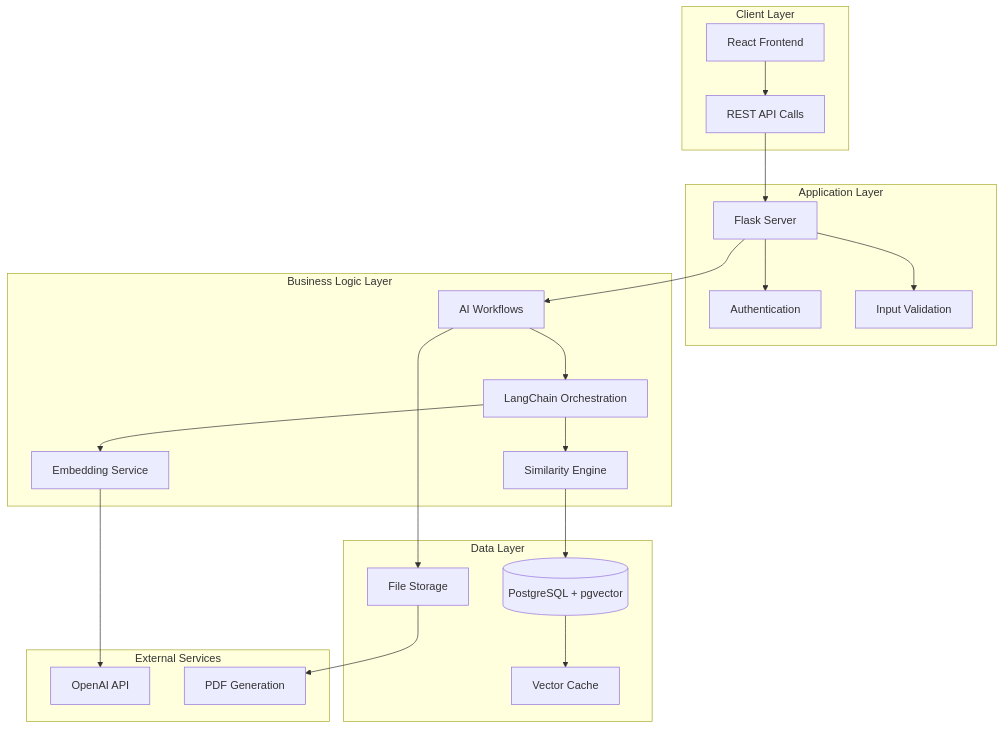
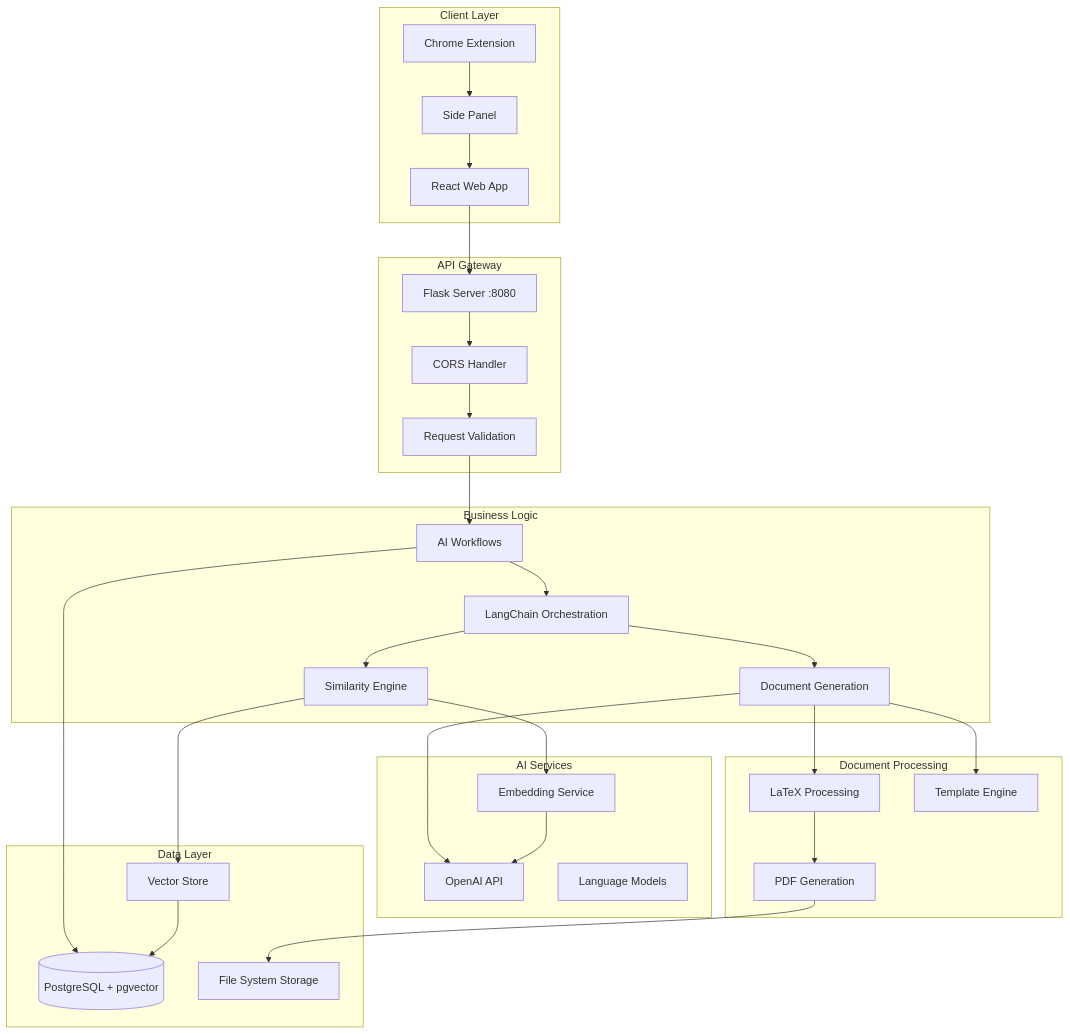
The first of 2 diagrams in README.md (amirrezaskh/Aria), drawn with Mermaid before and after one commit. The commit also changed other lines of this file and 33 other files, not shown here.

Commit message:
chrome extension added.

````diff
--- a/README.md
+++ b/README.md
@@ -60,45 +126,59 @@
 ```mermaid
 graph TB
     subgraph "Client Layer"
-        UI[React Frontend]
-        API[REST API Calls]
+        WEB[React Web App]
+        EXT[Chrome Extension]
+        SP[Side Panel]
     end
     
-    subgraph "Application Layer"
-        Server[Flask Server]
-        Auth[Authentication]
-        Valid[Input Validation]
+    subgraph "API Gateway"
+        FLASK[Flask Server :8080]
+        CORS[CORS Handler]
+        AUTH[Request Validation]
     end
     
-    subgraph "Business Logic Layer"
-        Workflow[AI Workflows]
-        Chain[LangChain Orchestration]
-        Embed[Embedding Service]
-        Similar[Similarity Engine]
+    subgraph "Business Logic"
+        WF[AI Workflows]
+        CHAIN[LangChain Orchestration]
+        GEN[Document Generation]
+        SIM[Similarity Engine]
+    end
+    
+    subgraph "AI Services"
+        OPENAI[OpenAI API]
+        EMB[Embedding Service]
+        LLM[Language Models]
     end
     
     subgraph "Data Layer"
-        DB[(PostgreSQL + pgvector)]
-        Files[File Storage]
-        Cache[Vector Cache]
+        PG[(PostgreSQL + pgvector)]
+        FS[File System Storage]
+        VEC[Vector Store]
     end
     
-    subgraph "External Services"
-        OpenAI[OpenAI API]
+    subgraph "Document Processing"
+        TEX[LaTeX Processing]
         PDF[PDF Generation]
+        TMPL[Template Engine]
     end
     
-    UI --> API
-    API --> Server
-    Server --> Auth
-    Server --> Valid
-    Server --> Workflow
-    Workflow --> Chain
-    Chain --> Embed
-    Chain --> Similar
-    Embed --> OpenAI
-    Similar --> DB
-    Workflow --> Files
-    Files --> PDF
-    DB --> Cache
+    WEB --> FLASK
+    EXT --> SP
+    SP --> WEB
+    FLASK --> CORS
+    CORS --> AUTH
+    AUTH --> WF
+    WF --> CHAIN
+    CHAIN --> GEN
+    CHAIN --> SIM
+    GEN --> OPENAI
+    SIM --> EMB
+    EMB --> OPENAI
+    WF --> PG
+    SIM --> VEC
+    VEC --> PG
+    GEN --> TEX
+    TEX --> PDF
+    PDF --> FS
+    GEN --> TMPL
 ```
````
